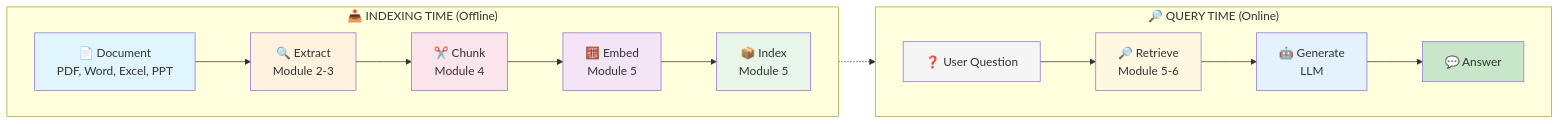
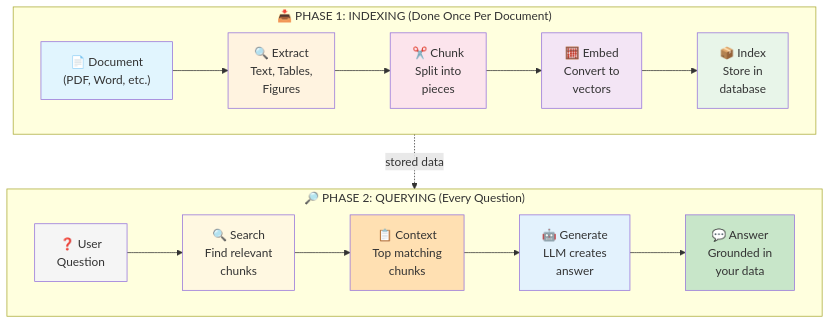
The second of 3 diagrams in README.md (roie9876/RAG-WorkShop), drawn with Mermaid before and after one commit. The commit also changed other lines of this file and 3 other files, not shown here.

````diff
--- a/README.md
+++ b/README.md
@@ -15,39 +81,37 @@
 ```mermaid
-flowchart LR
-    subgraph INDEXING["📥 INDEXING TIME (Offline)"]
+flowchart TB
+    subgraph PHASE1["📥 PHASE 1: INDEXING (Done Once Per Document)"]
         direction LR
-        DOC["📄 Document<br/>PDF, Word, Excel, PPT"]
-        EXTRACT["🔍 Extract<br/>Module 2-3"]
-        CHUNK["✂️ Chunk<br/>Module 4"]
-        EMBED["🧮 Embed<br/>Module 5"]
-        INDEX["📦 Index<br/>Module 5"]
+        DOC["📄 Document<br/>(PDF, Word, etc.)"]
+        EXTRACT["🔍 Extract<br/>Text, Tables,<br/>Figures"]
+        CHUNK["✂️ Chunk<br/>Split into<br/>pieces"]
+        EMBED["🧮 Embed<br/>Convert to<br/>vectors"]
+        INDEX["📦 Index<br/>Store in<br/>database"]
+        
+        DOC --> EXTRACT --> CHUNK --> EMBED --> INDEX
     end
     
-    subgraph QUERY["🔎 QUERY TIME (Online)"]
+    subgraph PHASE2["🔎 PHASE 2: QUERYING (Every Question)"]
         direction LR
-        QUESTION["❓ User Question"]
-        RETRIEVE["🔎 Retrieve<br/>Module 5-6"]
-        GENERATE["🤖 Generate<br/>LLM"]
-        ANSWER["💬 Answer"]
+        QUESTION["❓ User<br/>Question"]
+        SEARCH["🔍 Search<br/>Find relevant<br/>chunks"]
+        CONTEXT["📋 Context<br/>Top matching<br/>chunks"]
+        GENERATE["🤖 Generate<br/>LLM creates<br/>answer"]
+        ANSWER["💬 Answer<br/>Grounded in<br/>your data"]
+        
+        QUESTION --> SEARCH --> CONTEXT --> GENERATE --> ANSWER
     end
     
-    DOC --> EXTRACT
-    EXTRACT --> CHUNK
-    CHUNK --> EMBED
-    EMBED --> INDEX
-    
-    QUESTION --> RETRIEVE
-    INDEX -.-> RETRIEVE
-    RETRIEVE --> GENERATE
-    GENERATE --> ANSWER
+    INDEX -.->|"stored data"| SEARCH
     
     style DOC fill:#e1f5fe
     style EXTRACT fill:#fff3e0
     style CHUNK fill:#fce4ec
     style EMBED fill:#f3e5f5
     style INDEX fill:#e8f5e9
-    style RETRIEVE fill:#fff8e1
+    style QUESTION fill:#f5f5f5
+    style SEARCH fill:#fff8e1
+    style CONTEXT fill:#ffe0b2
     style GENERATE fill:#e3f2fd
-    style QUESTION fill:#f5f5f5
     style ANSWER fill:#c8e6c9
 ```
````
